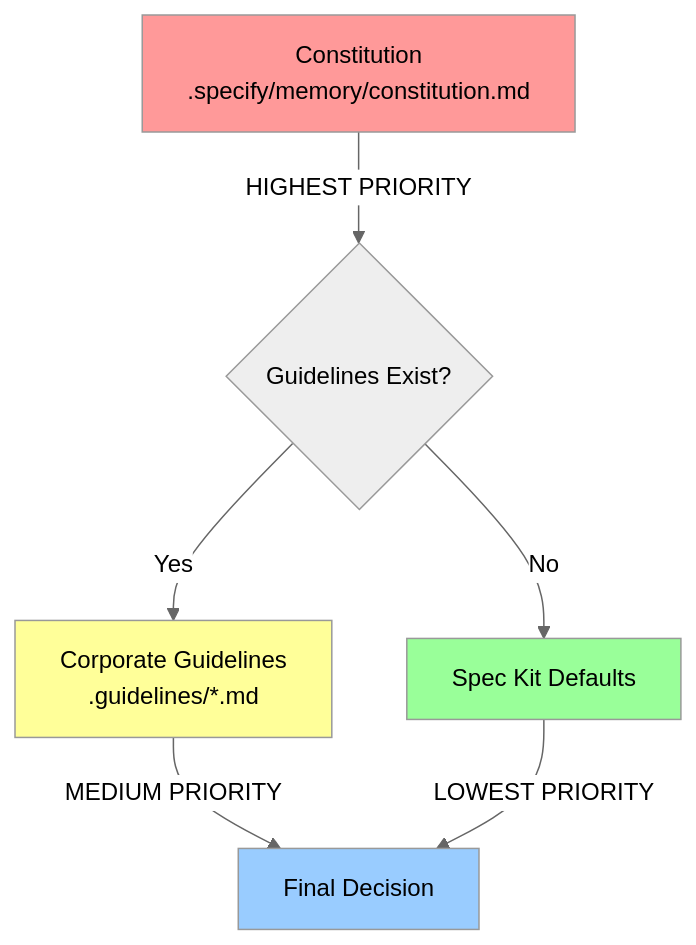
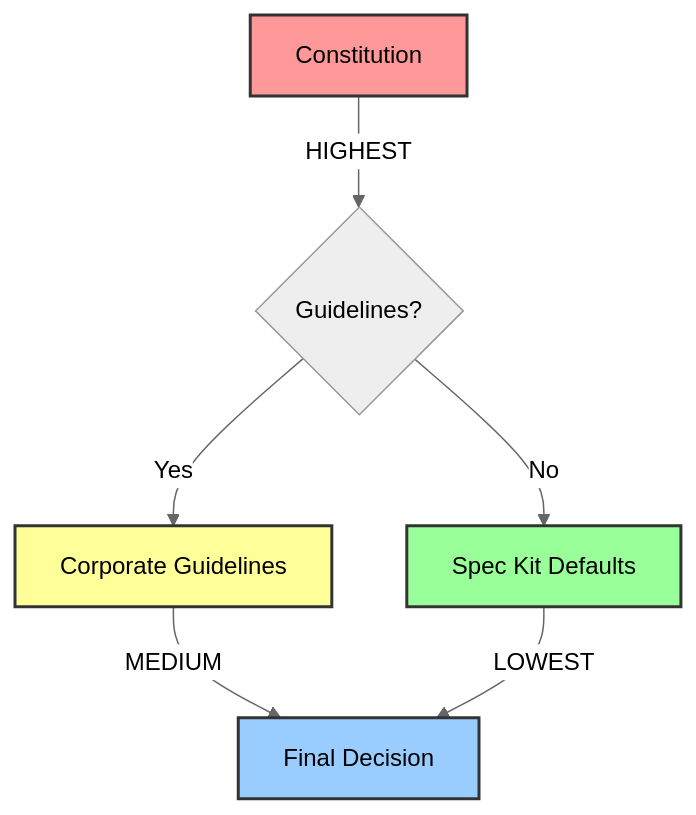
One commit to github/spec-kit changed the sixth of 6 diagrams in README.md. Above: the diagram before and after it, drawn with Mermaid (neutral theme). The commit also changed other lines of this file, not shown here.

````diff
--- a/README.md
+++ b/README.md
@@ -1044,13 +779,13 @@
 ```mermaid
 graph TD
-    A[Constitution<br/>.specify/memory/constitution.md] -->|HIGHEST PRIORITY| B{Guidelines Exist?}
-    B -->|Yes| C[Corporate Guidelines<br/>.guidelines/*.md]
+    A[Constitution] -->|HIGHEST| B{Guidelines?}
+    B -->|Yes| C[Corporate Guidelines]
     B -->|No| D[Spec Kit Defaults]
-    C -->|MEDIUM PRIORITY| E[Final Decision]
-    D -->|LOWEST PRIORITY| E
+    C -->|MEDIUM| E[Final Decision]
+    D -->|LOWEST| E
 
-    style A fill:#ff9999
-    style C fill:#ffff99
-    style D fill:#99ff99
-    style E fill:#99ccff
+    style A fill:#ff9999,stroke:#333,stroke-width:2px
+    style C fill:#ffff99,stroke:#333,stroke-width:2px
+    style D fill:#99ff99,stroke:#333,stroke-width:2px
+    style E fill:#99ccff,stroke:#333,stroke-width:2px
 ```
````
